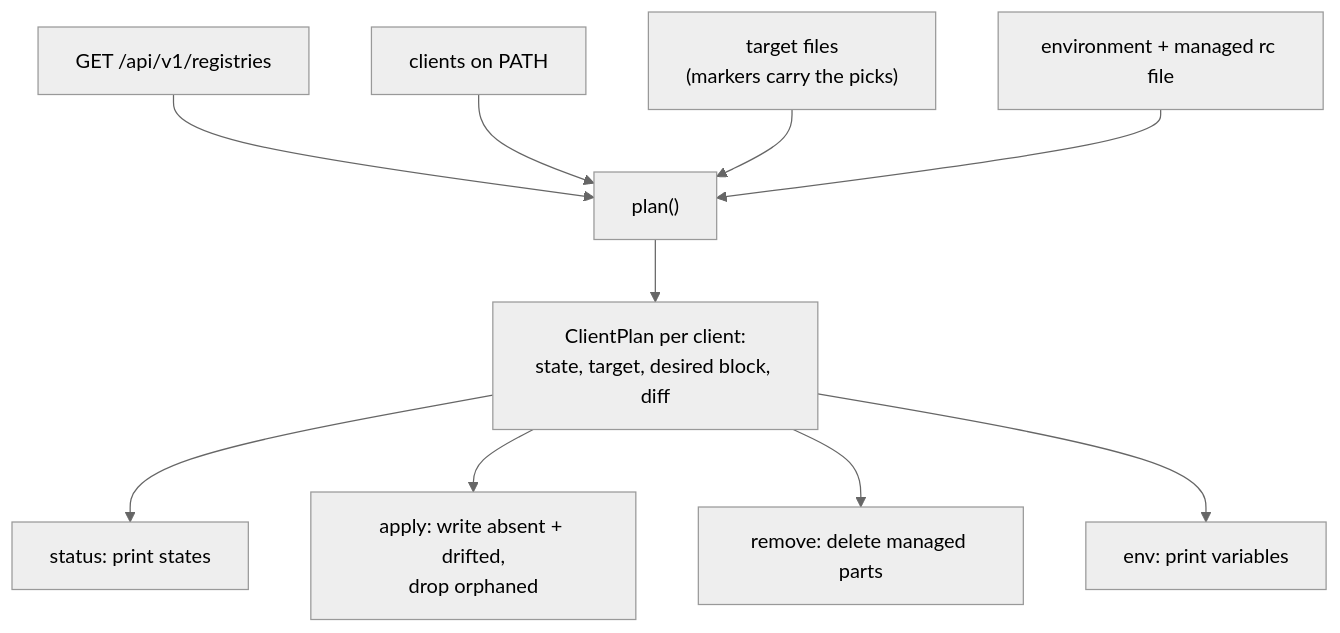
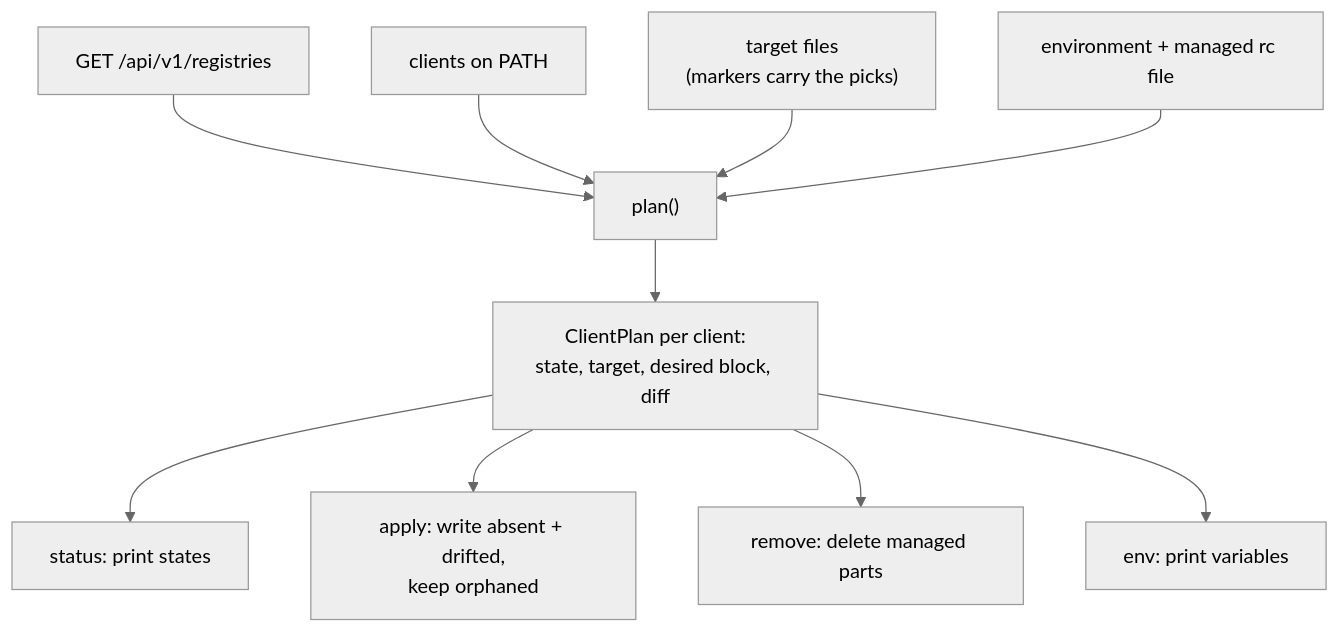
Before and after one commit to batlehub/batlehub: the second of 2 diagrams in docs/rfc/0038-client-setup-apply.md, drawn with Mermaid (neutral theme). The commit also changed other lines of this file and 30 other files, not shown here.

````diff
--- a/docs/rfc/0038-client-setup-apply.md
+++ b/docs/rfc/0038-client-setup-apply.md
@@ -374,12 +375,12 @@
 ```mermaid
 flowchart TD
     S["GET /api/v1/registries"] --> P["plan()"]
     C["clients on PATH"] --> P
     F["target files<br/>(markers carry the picks)"] --> P
     E["environment + managed rc file"] --> P
     P --> T["ClientPlan per client:<br/>state, target, desired block, diff"]
     T --> ST["status: print states"]
-    T --> AP["apply: write absent + drifted,<br/>drop orphaned"]
+    T --> AP["apply: write absent + drifted,<br/>keep orphaned"]
     T --> RM["remove: delete managed parts"]
     T --> EN["env: print variables"]
 ```
````
